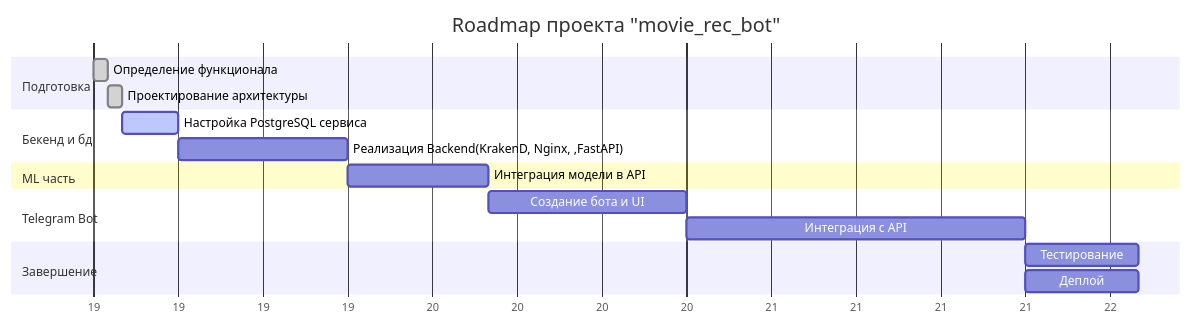
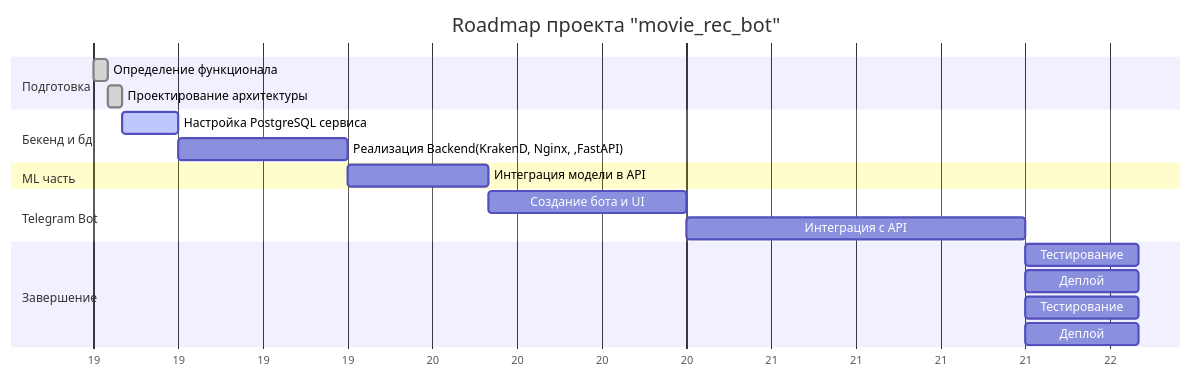
One commit to Sosylka19/rec_sys changed the second of 2 diagrams in README.md. Above: the diagram before and after it, drawn with Mermaid. The commit also changed 17 other files, not shown here.

````diff
--- a/README.md
+++ b/README.md
@@ -26,26 +26,28 @@
 ```mermaid
     gantt
     title Roadmap проекта "movie_rec_bot"
     dateFormat  YYYY-DD
     axisFormat  %d
 
     section Подготовка
     Определение функционала             :done,    des1, 2025-19, 1h
     Проектирование архитектуры          :done,  des2, after des1, 1h
 
     section Бекенд и бд
     Настройка PostgreSQL сервиса                :active, b1, after des2, 4h
     Реализация Backend(KrakenD, Nginx, ,FastAPI)          :b2, after b1, 12h
 
     section ML часть
     Интеграция модели в API       :c1, after b2, 10h
 
     section Telegram Bot
     Создание бота и UI            :d1, after c1, 14h
     Интеграция с API              :d2, after d1, 1d
 
     section Завершение
     Тестирование                  :e1, after d2, 8h
     Деплой                        :e2, after d2, 8h
+    Тестирование                  :e1, after d2, 8h
+    Деплой                        :e2, after d2, 8h
 
 ```
````
